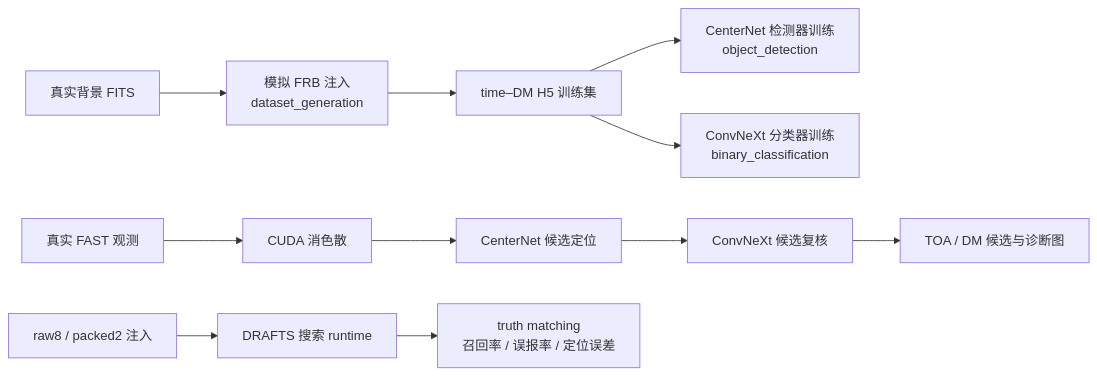
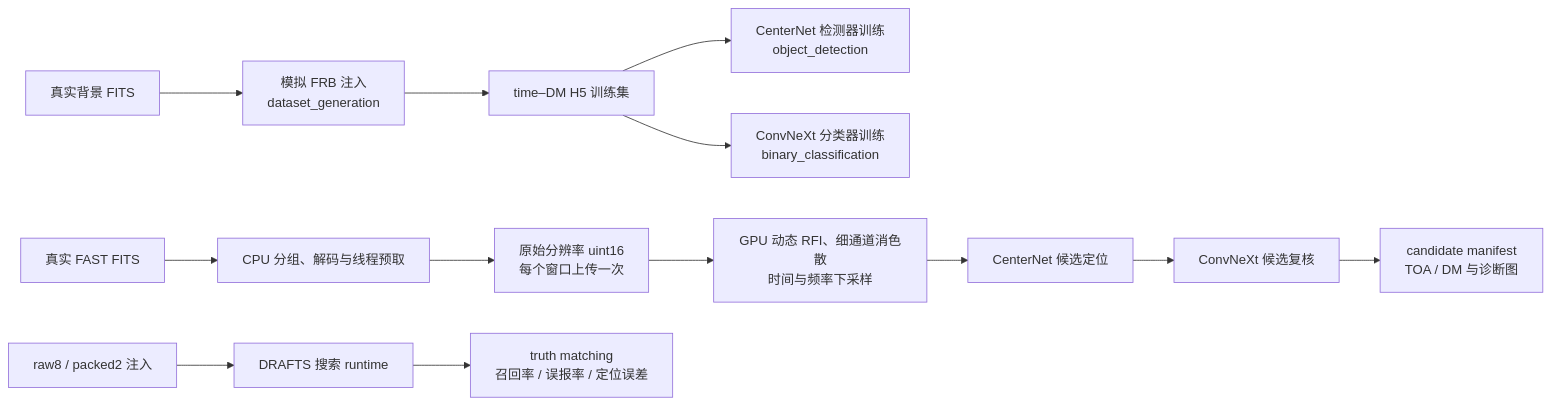
One commit to SukiYume/DRAFTS changed the diagram in README.md. Above: the diagram before and after it, drawn with Mermaid. The commit also changed other lines of this file and 14 other files, not shown here.

````diff
--- a/README.md
+++ b/README.md
@@ -63,13 +67,15 @@
 ```mermaid
 flowchart LR
     A["真实背景 FITS"] --> B["模拟 FRB 注入<br/>dataset_generation"]
     B --> C["time–DM H5 训练集"]
     C --> D["CenterNet 检测器训练<br/>object_detection"]
     C --> E["ConvNeXt 分类器训练<br/>binary_classification"]
-    F["真实 FAST 观测"] --> G["CUDA 消色散"]
+    F["真实 FAST FITS"] --> P["CPU 分组、解码与线程预取"]
+    P --> U["原始分辨率 uint16<br/>每个窗口上传一次"]
+    U --> G["GPU 动态 RFI、细通道消色散<br/>时间与频率下采样"]
     G --> D2["CenterNet 候选定位"]
     D2 --> E2["ConvNeXt 候选复核"]
-    E2 --> H["TOA / DM 候选与诊断图"]
+    E2 --> H["candidate manifest<br/>TOA / DM 与诊断图"]
     I["raw8 / packed2 注入"] --> J["DRAFTS 搜索 runtime"]
     J --> K["truth matching<br/>召回率 / 误报率 / 定位误差"]
 ```
````
